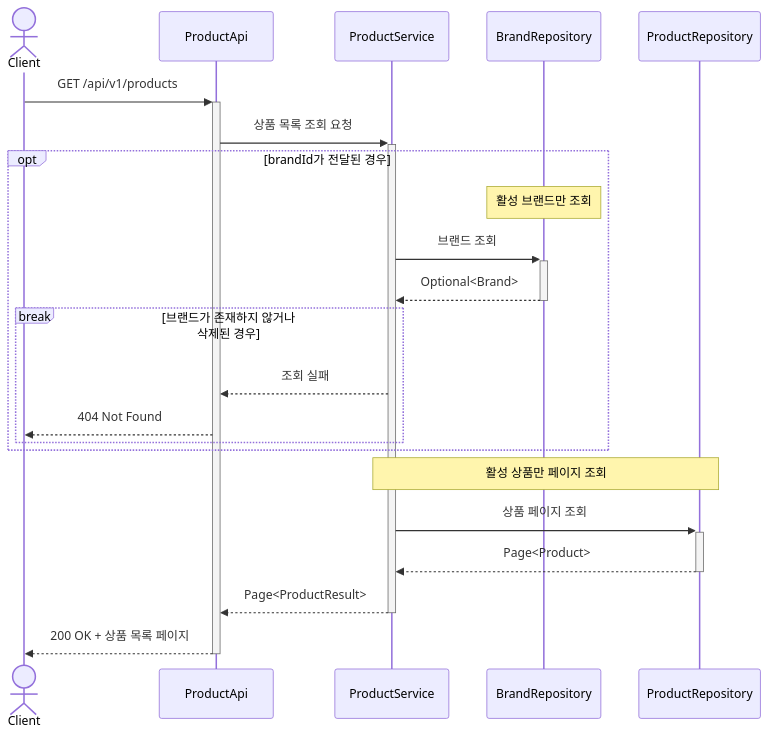
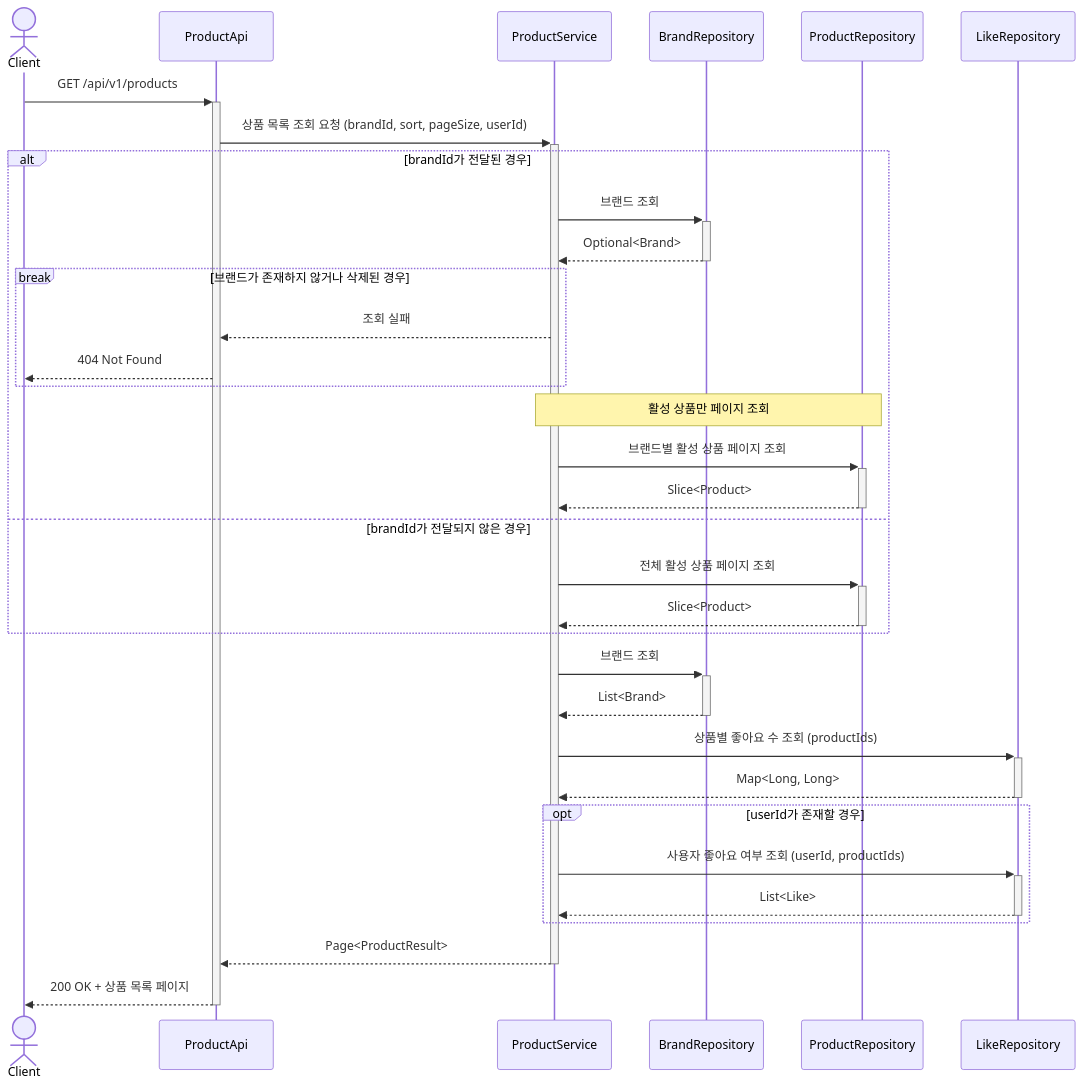
Before and after one commit to Loopers-dev-lab/loop-pack-be-l2-vol3-java: diagram 14 of 23 in .docs/design/02-sequence-diagrams.md, drawn with Mermaid. The commit also changed other lines of this file and 18 other files, not shown here.

````diff
--- a/.docs/design/02-sequence-diagrams.md
+++ b/.docs/design/02-sequence-diagrams.md
@@ -452,28 +452,43 @@
 ```mermaid
 sequenceDiagram
     actor Client
     participant ProductApi
     participant ProductService
     participant BrandRepository
     participant ProductRepository
+    participant LikeRepository
 
     Client ->>+ ProductApi: GET /api/v1/products
-    ProductApi ->>+ ProductService: 상품 목록 조회 요청
+    ProductApi ->>+ ProductService: 상품 목록 조회 요청 (brandId, sort, pageSize, userId)
 
-    opt brandId가 전달된 경우
-        Note over BrandRepository: 활성 브랜드만 조회
+    alt brandId가 전달된 경우
         ProductService ->>+ BrandRepository: 브랜드 조회
         BrandRepository -->>- ProductService: Optional<Brand>
 
         break 브랜드가 존재하지 않거나 삭제된 경우
             ProductService -->> ProductApi: 조회 실패
             ProductApi -->> Client: 404 Not Found
         end
+
+        Note over ProductService, ProductRepository: 활성 상품만 페이지 조회
+        ProductService ->>+ ProductRepository: 브랜드별 활성 상품 페이지 조회
+        ProductRepository -->>- ProductService: Slice<Product>
+    else brandId가 전달되지 않은 경우
+        ProductService ->>+ ProductRepository: 전체 활성 상품 페이지 조회
+        ProductRepository -->>- ProductService: Slice<Product>
     end
 
-    Note over ProductService, ProductRepository: 활성 상품만 페이지 조회
-    ProductService ->>+ ProductRepository: 상품 페이지 조회
-    ProductRepository -->>- ProductService: Page<Product>
+    ProductService ->>+ BrandRepository: 브랜드 조회
+    BrandRepository -->>- ProductService: List<Brand>
+
+    ProductService ->>+ LikeRepository: 상품별 좋아요 수 조회 (productIds)
+    LikeRepository -->>- ProductService: Map<Long, Long>
+
+    opt userId가 존재할 경우
+        ProductService ->>+ LikeRepository: 사용자 좋아요 여부 조회 (userId, productIds)
+        LikeRepository -->>- ProductService: List<Like>
+    end
+
     ProductService -->>- ProductApi: Page<ProductResult>
     ProductApi -->>- Client: 200 OK + 상품 목록 페이지
 ```
````
